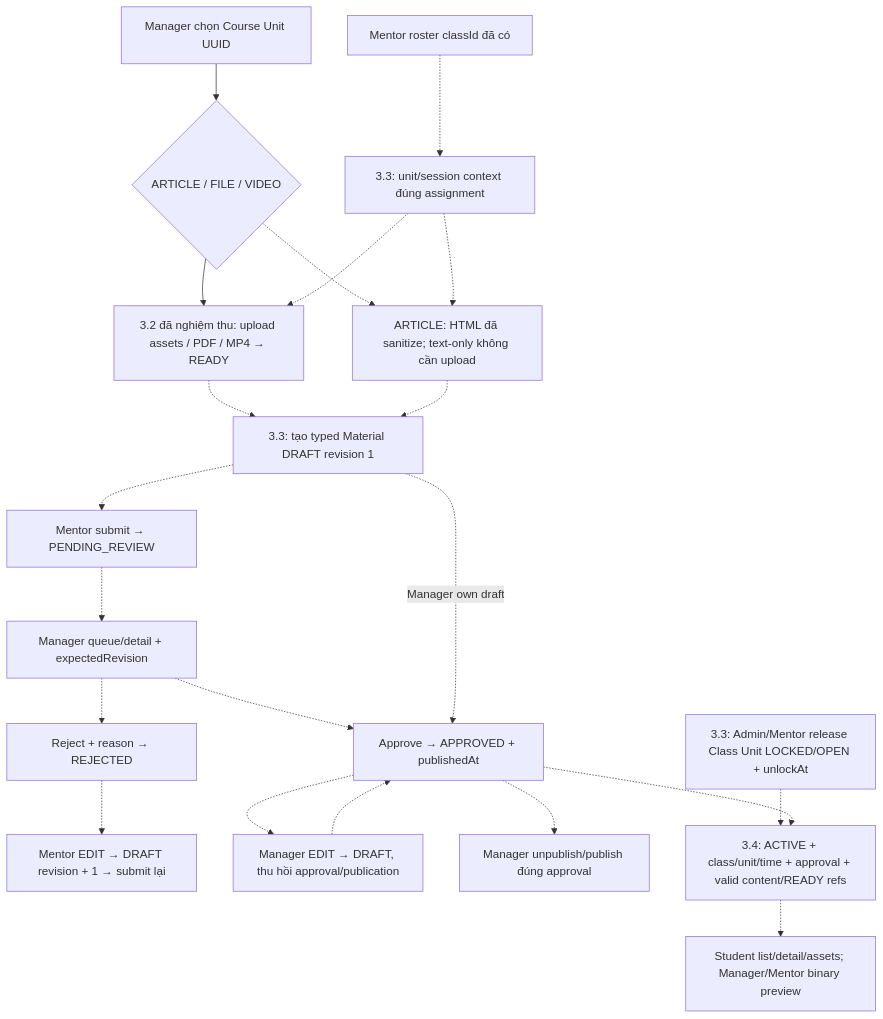
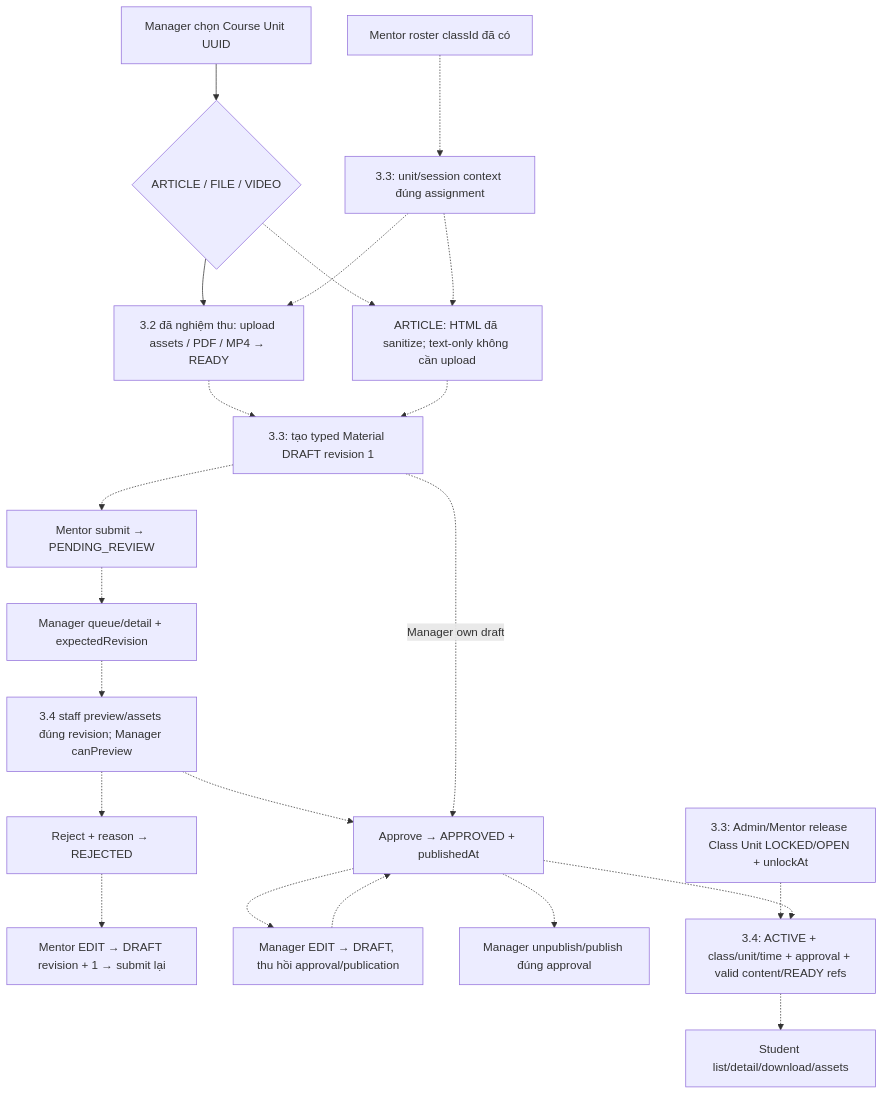
One commit to nhathuyck1/Mindy-BE changed the diagram in docs/api_flow/PHASE_3_3_FLOW.md. Above: the diagram before and after it, drawn with Mermaid. The commit also changed other lines of this file and 20 other files, not shown here.

````diff
--- a/docs/api_flow/PHASE_3_3_FLOW.md
+++ b/docs/api_flow/PHASE_3_3_FLOW.md
@@ -39,23 +43,24 @@
 ```mermaid
 flowchart TD
   C["Mentor roster classId đã có"] -.-> U["3.3: unit/session context đúng assignment"]
   M["Manager chọn Course Unit UUID"] --> K{"ARTICLE / FILE / VIDEO"}
   K -.-> H["ARTICLE: HTML đã sanitize; text-only không cần upload"]
   K --> UP["3.2 đã nghiệm thu: upload assets / PDF / MP4 → READY"]
   U -.-> H
   U -.-> UP
   UP -.-> D["3.3: tạo typed Material DRAFT revision 1"]
   H -.-> D
   D -.-> S["Mentor submit → PENDING_REVIEW"]
   S -.-> Q["Manager queue/detail + expectedRevision"]
-  Q -.-> A["Approve → APPROVED + publishedAt"]
-  Q -.-> R["Reject + reason → REJECTED"]
+  Q -.-> PRE["3.4 staff preview/assets đúng revision; Manager canPreview"]
+  PRE -.-> A["Approve → APPROVED + publishedAt"]
+  PRE -.-> R["Reject + reason → REJECTED"]
   R -.-> E["Mentor EDIT → DRAFT revision + 1 → submit lại"]
   D -.->|"Manager own draft"| A
   A -.-> ME["Manager EDIT → DRAFT, thu hồi approval/publication"]
   ME -.-> A
   A -.-> P["Manager unpublish/publish đúng approval"]
   REL["3.3: Admin/Mentor release Class Unit LOCKED/OPEN + unlockAt"] -.-> G
   A -.-> G["3.4: ACTIVE + class/unit/time + approval + valid content/READY refs"]
-  G -.-> READ["Student list/detail/assets; Manager/Mentor binary preview"]
+  G -.-> READ["Student list/detail/download/assets"]
 ```
````
